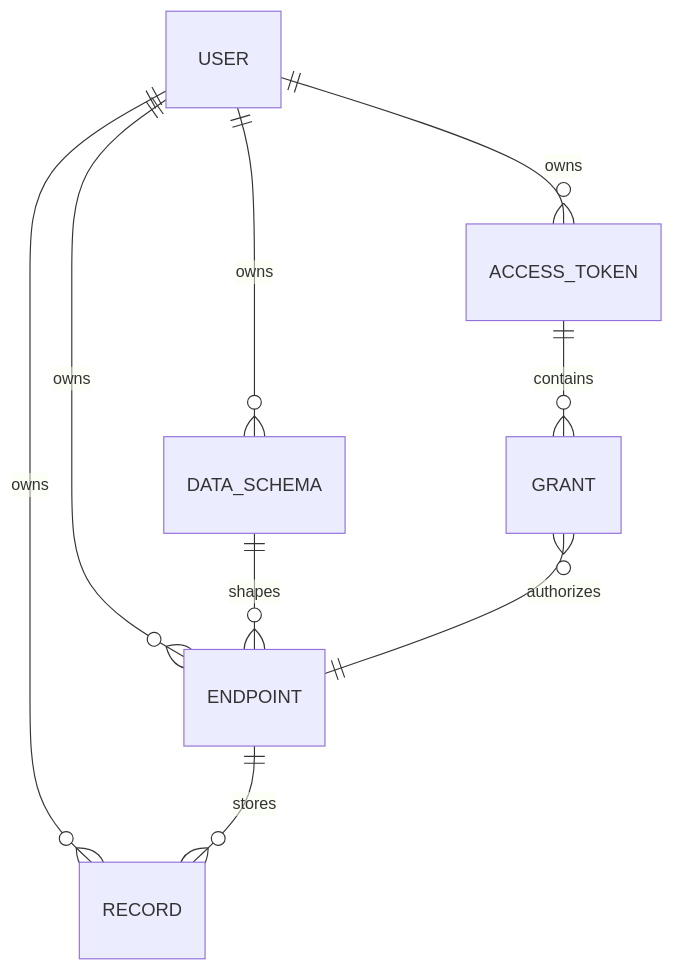
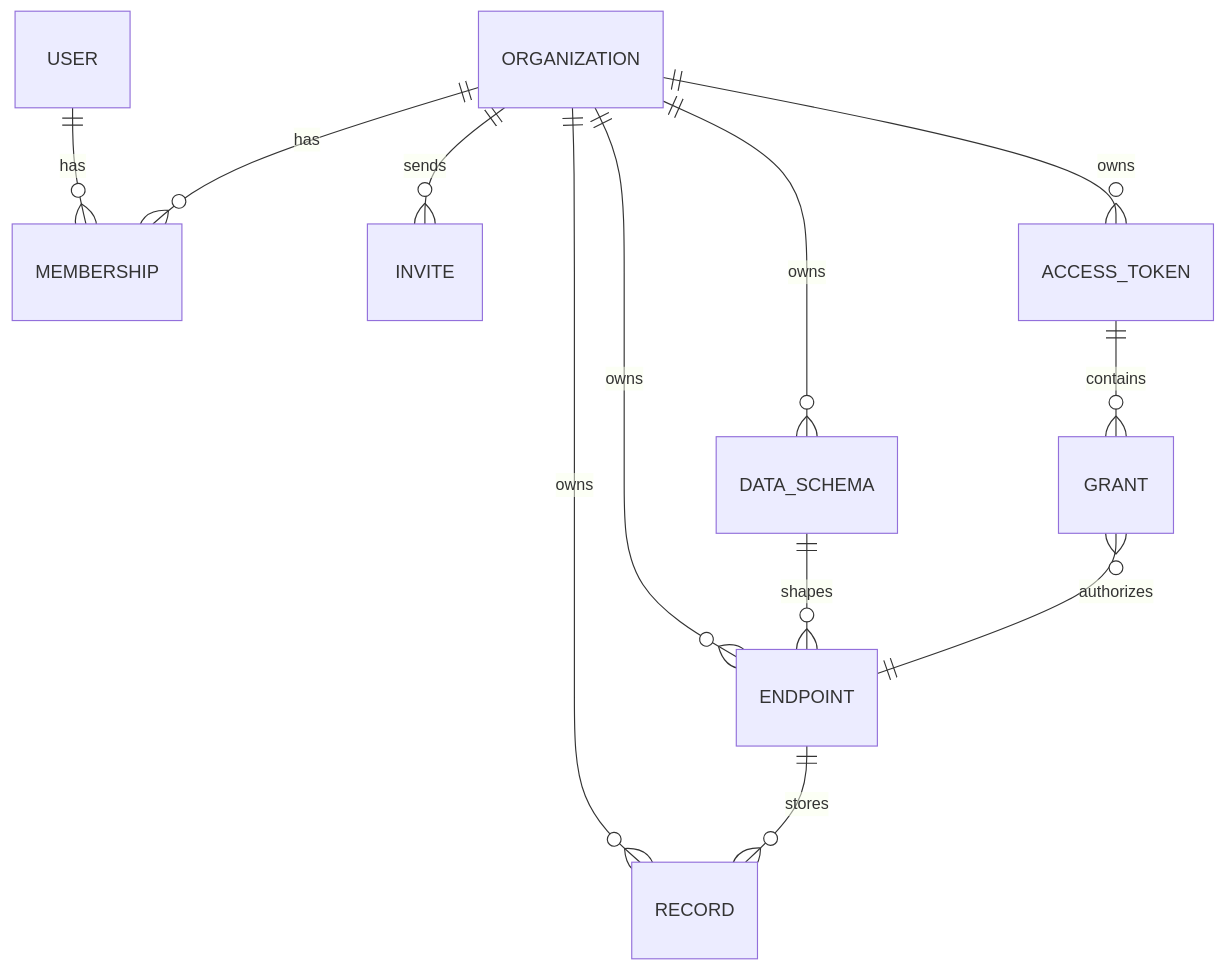
The diagram in dev-docs/data-model-and-validation.md (el-esnawy/my-api), drawn with Mermaid before and after one commit. The commit also changed other lines of this file and 90 other files, not shown here.

````diff
--- a/dev-docs/data-model-and-validation.md
+++ b/dev-docs/data-model-and-validation.md
@@ -9,11 +9,14 @@
 ```mermaid
 erDiagram
-  USER ||--o{ DATA_SCHEMA : owns
-  USER ||--o{ ENDPOINT : owns
-  USER ||--o{ ACCESS_TOKEN : owns
-  USER ||--o{ RECORD : owns
+  USER ||--o{ MEMBERSHIP : has
+  ORGANIZATION ||--o{ MEMBERSHIP : has
+  ORGANIZATION ||--o{ INVITE : sends
+  ORGANIZATION ||--o{ DATA_SCHEMA : owns
+  ORGANIZATION ||--o{ ENDPOINT : owns
+  ORGANIZATION ||--o{ ACCESS_TOKEN : owns
+  ORGANIZATION ||--o{ RECORD : owns
   DATA_SCHEMA ||--o{ ENDPOINT : shapes
   ENDPOINT ||--o{ RECORD : stores
   ACCESS_TOKEN ||--o{ GRANT : contains
   GRANT }o--|| ENDPOINT : authorizes
 ```
````
